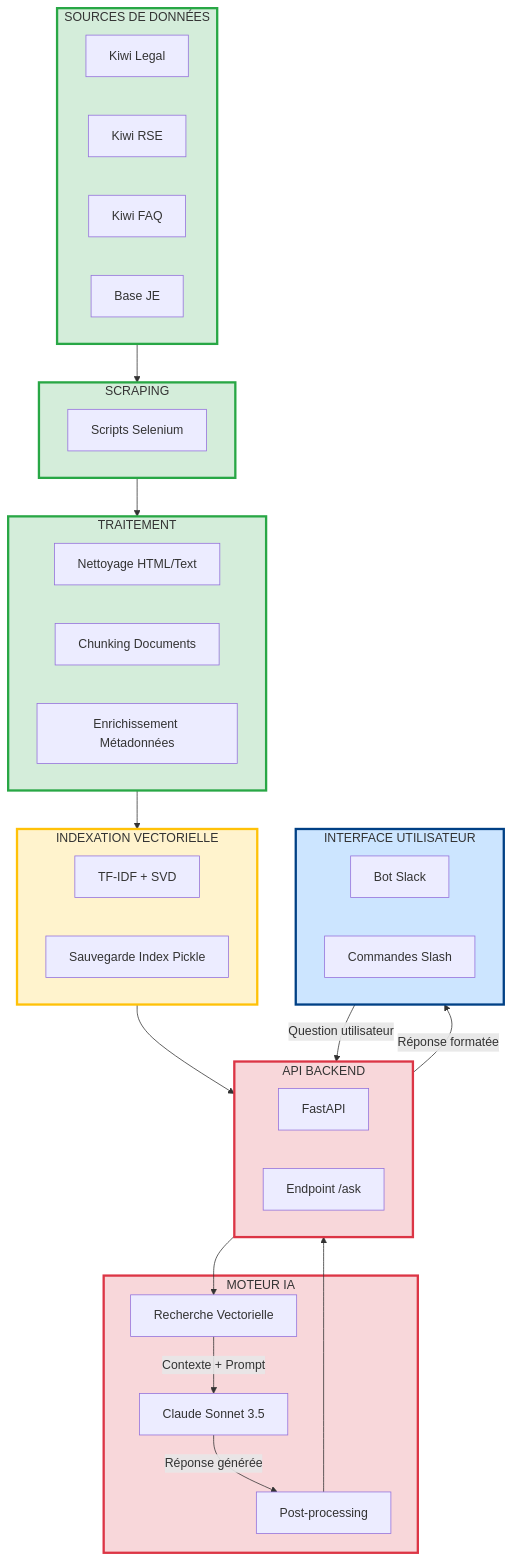
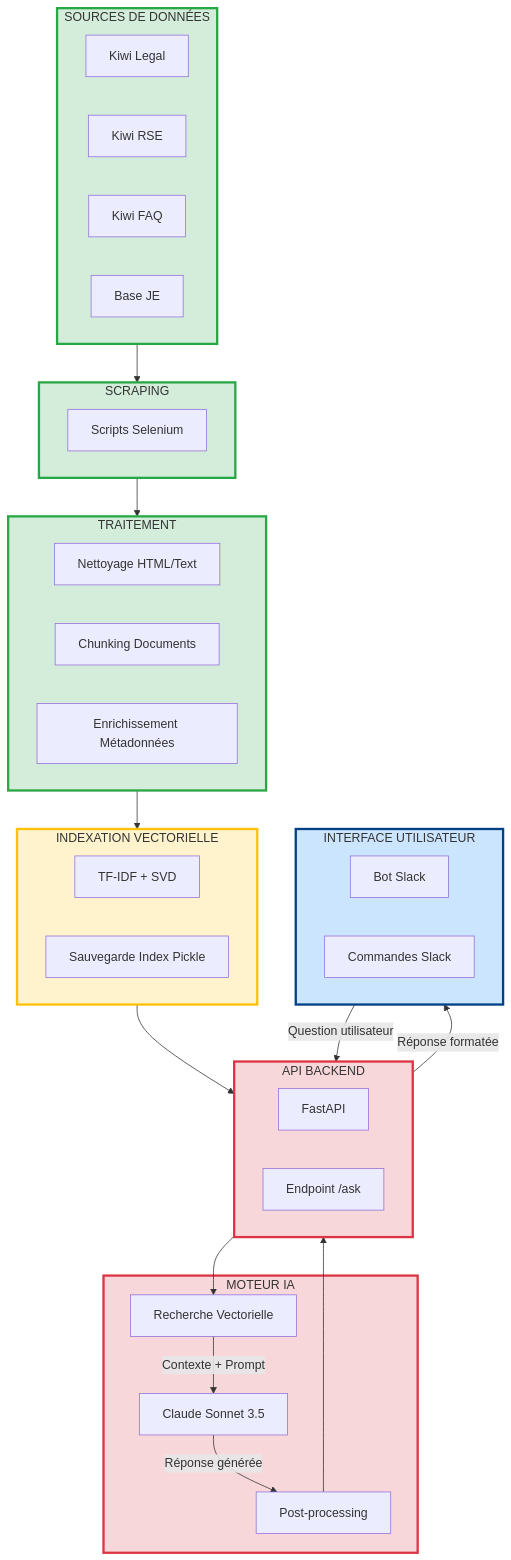
Before and after one commit to llantrua/Comply-AI-ChatBot: the first of 2 diagrams in README2.md, drawn with Mermaid. The commit also changed other lines of this file, not shown here.

Commit message:
correction

````diff
--- a/README2.md
+++ b/README2.md
@@ -110,60 +110,60 @@
 ```mermaid
 flowchart TD
     subgraph Sources["SOURCES DE DONNÉES"]
         S1[Kiwi Legal]
         S2[Kiwi RSE]
         S3[Kiwi FAQ]
         S4[Base JE]
     end
     
     subgraph Scraping["SCRAPING"]
         SC[Scripts Selenium]
     end
     
     subgraph Process["TRAITEMENT"]
         P1[Nettoyage HTML/Text]
         P2[Chunking Documents]
         P3[Enrichissement Métadonnées]
     end
     
     subgraph Index["INDEXATION VECTORIELLE"]
         I1[TF-IDF + SVD]
         I2[Sauvegarde Index Pickle]
     end
     
     subgraph API["API BACKEND"]
         A1[FastAPI]
         A2[Endpoint /ask]
     end
     
     subgraph LLM["MOTEUR IA"]
         L1[Recherche Vectorielle]
         L2[Claude Sonnet 3.5]
         L3[Post-processing]
     end
     
     subgraph Client["INTERFACE UTILISATEUR"]
         C1[Bot Slack]
-        C2[Commandes Slash]
+        C2[Commandes Slack]
     end
     
     Sources --> Scraping
     Scraping --> Process
     Process --> Index
     Index --> API
     
     Client -->|Question utilisateur| API
     API --> L1
     L1 -->|Contexte + Prompt| L2
     L2 -->|Réponse générée| L3
     L3 --> API
     API -->|Réponse formatée| Client
     
     style Sources fill:#d4edda,stroke:#28a745,stroke-width:3px
     style Scraping fill:#d4edda,stroke:#28a745,stroke-width:3px
     style Process fill:#d4edda,stroke:#28a745,stroke-width:3px
     style Index fill:#fff3cd,stroke:#ffc107,stroke-width:3px
     style API fill:#f8d7da,stroke:#dc3545,stroke-width:3px
     style LLM fill:#f8d7da,stroke:#dc3545,stroke-width:3px
     style Client fill:#cce5ff,stroke:#004085,stroke-width:3px
 ```
````
